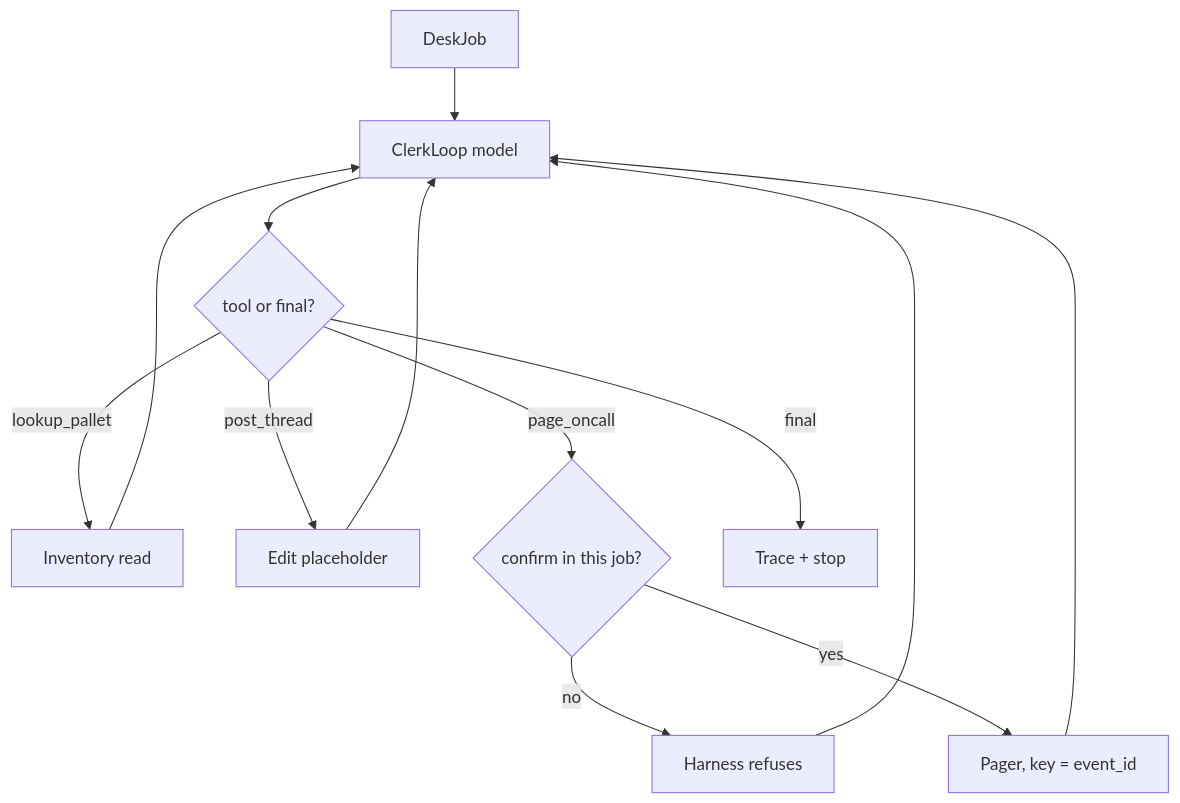
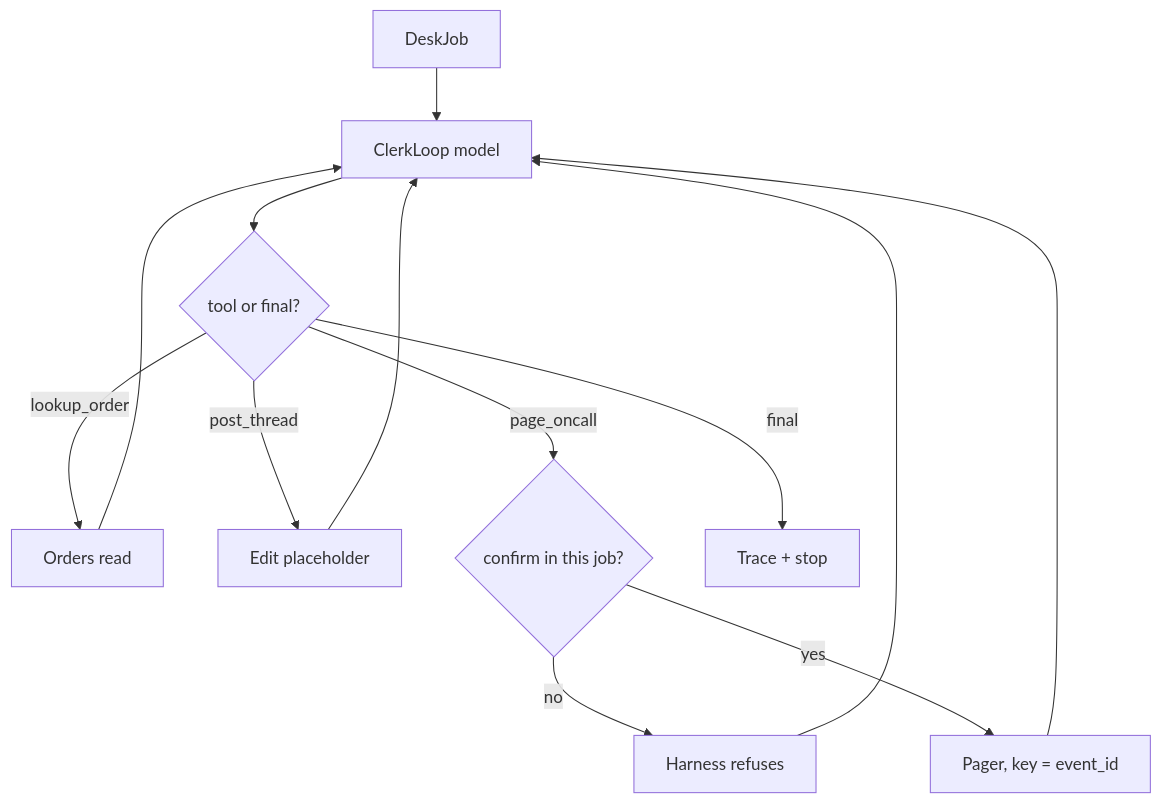
Before and after one commit to jdodsoncollins/study-material: the diagram in lessons/ai-agents/desk-bot/viz/loop.md, drawn with Mermaid. The commit also changed 51 other files, not shown here.

````diff
--- a/lessons/ai-agents/desk-bot/viz/loop.md
+++ b/lessons/ai-agents/desk-bot/viz/loop.md
@@ -3,15 +3,15 @@
 ```mermaid
 flowchart TB
   job[DeskJob] --> model[ClerkLoop model]
   model --> tool{tool or final?}
-  tool -->|lookup_pallet| inv[Inventory read]
+  tool -->|lookup_order| inv[Orders read]
   tool -->|post_thread| post[Edit placeholder]
   tool -->|page_oncall| gate{confirm in this job?}
   gate -->|no| refuse[Harness refuses]
   gate -->|yes| page[Pager, key = event_id]
   inv --> model
   post --> model
   page --> model
   tool -->|final| stop[Trace + stop]
   refuse --> model
 ```
````
